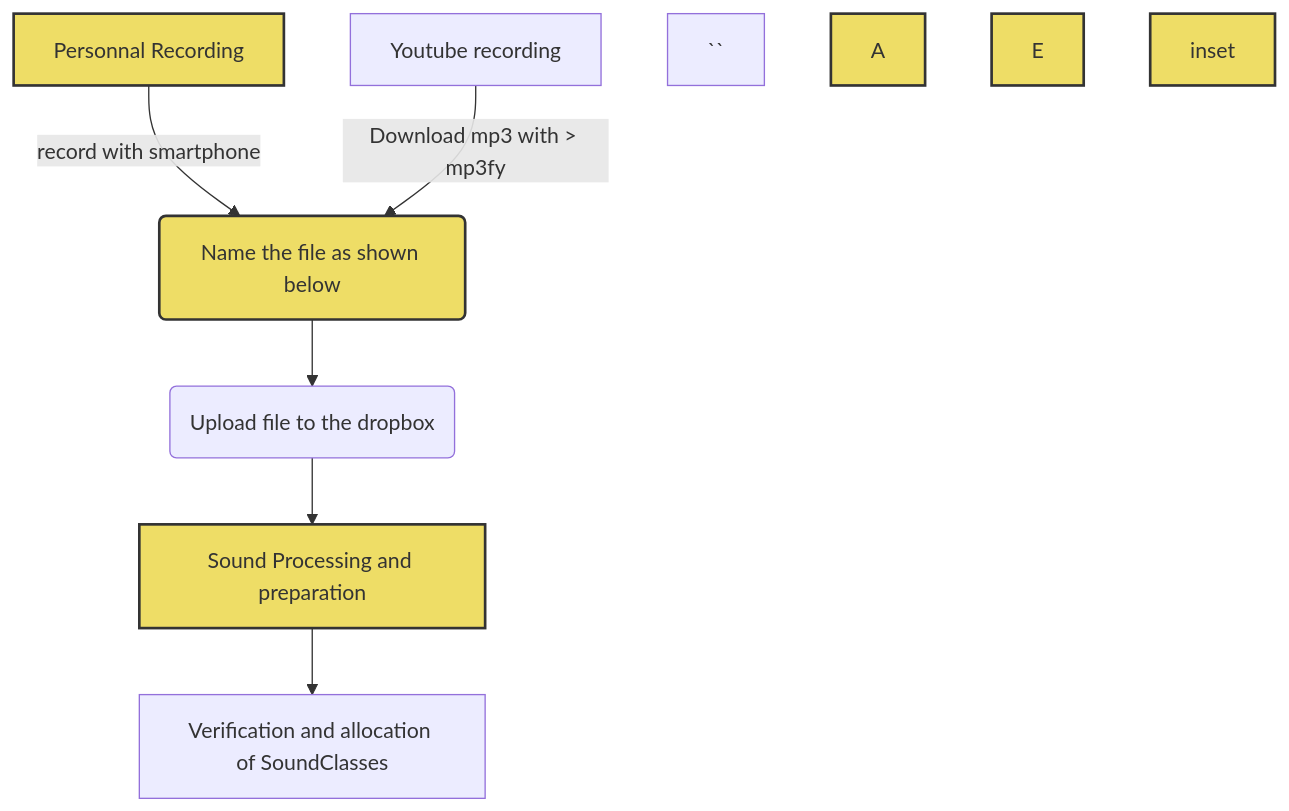
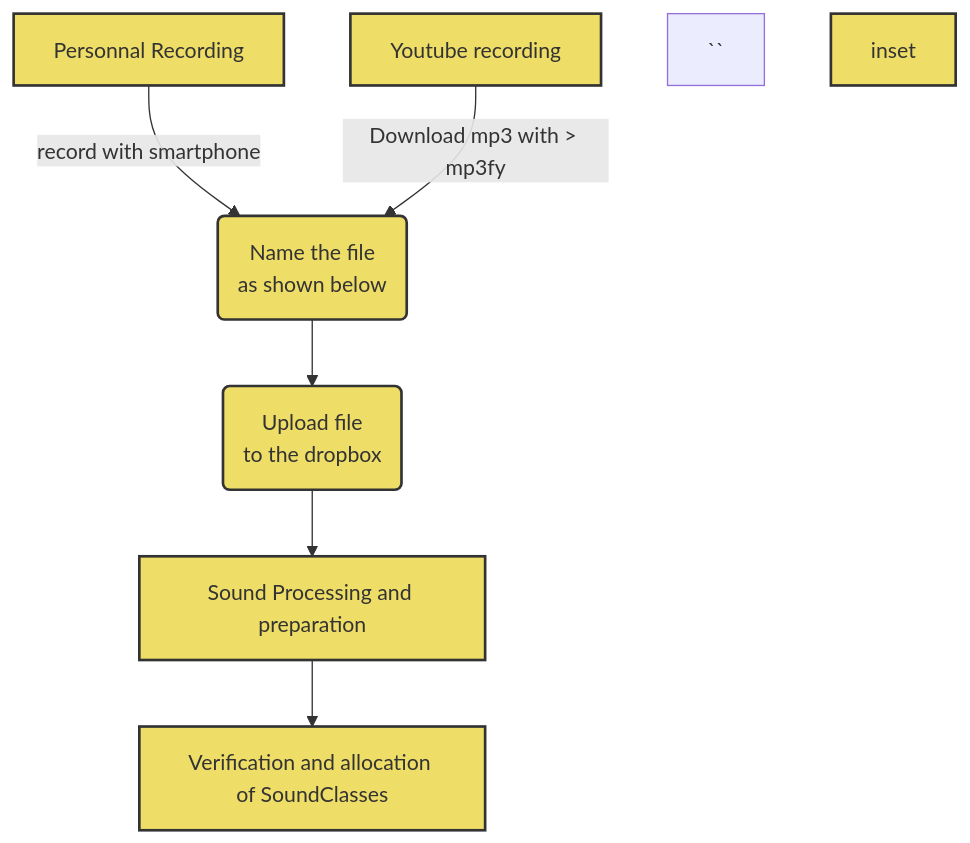
The diagram in README.md (FrogBoss74/RealCatTranslator), drawn with Mermaid before and after one commit. The commit also changed other lines of this file, not shown here.

Commit message:
README.md updated from https://stackedit.io/

```````diff
--- a/README.md
+++ b/README.md
@@ -25,16 +25,17 @@
 ```mermaid
 
 graph TD
-A1[Personnal <span>Recording</span>] -->|record with smartphone| B(Name the file as shown below)
+A1[Personnal <span>Recording</span>] -->|record with smartphone| B(Name the file <br>as shown below</br>)
 A2[Youtube recording] -->|Download mp3 with > mp3fy| B
-B --> C(Upload file to the dropbox)
+B --> C(Upload file <br>to the dropbox</br>)
 C -->D1[Sound Processing and preparation]
 D1 -->D2[Verification and allocation of SoundClasses]
 ``
 style A1 fill:#ed6,stroke:#333,stroke-width:2px;
-style A fill:#ed6,stroke:#333,stroke-width:2px;
+style A2 fill:#ed6,stroke:#333,stroke-width:2px;
 style B fill:#ed6,stroke:#333,stroke-width:2px;
+style C fill:#ed6,stroke:#333,stroke-width:2px;
 style D1 fill:#ed6,stroke:#333,stroke-width:2px;
-style E fill:#ed6,stroke:#333,stroke-width:2px;
+style D2 fill:#ed6,stroke:#333,stroke-width:2px;
 style inset fill:#ed6,stroke:#333,stroke-width:2px;
 ``````
```````
